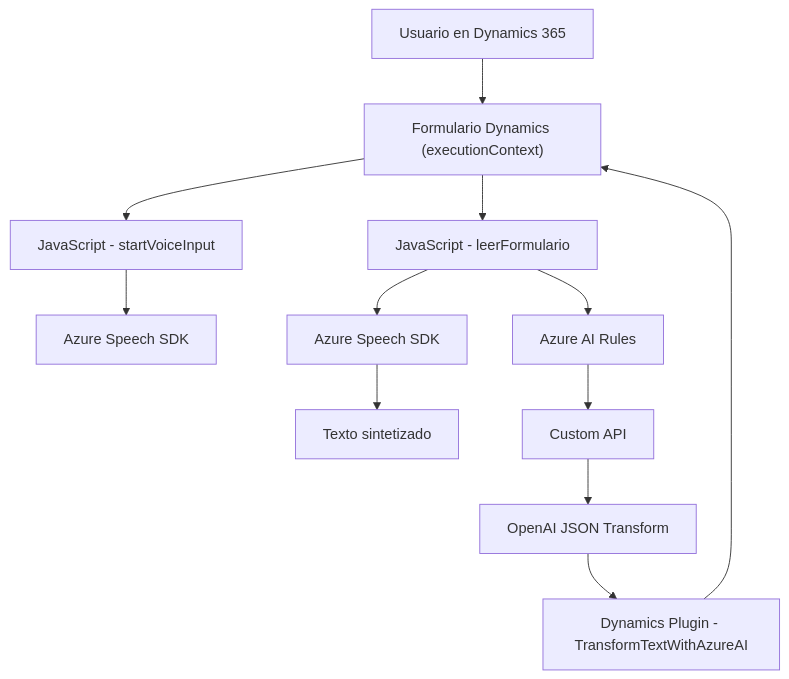
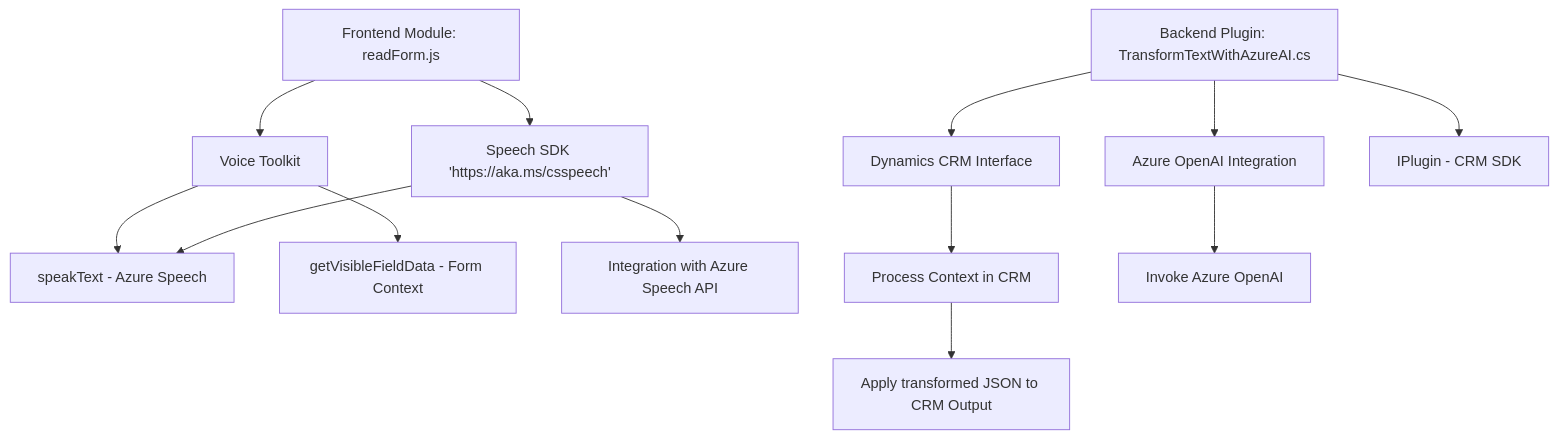
One commit to blopezdm/NETCORE_BILBAO2025 changed the diagram in README.md. Above: the diagram before and after it, drawn with Mermaid. The commit also changed other lines of this file, not shown here.

````diff
--- a/README.md
+++ b/README.md
@@ -31,14 +44,16 @@
 ```mermaid
 graph TD
-    A["Usuario en Dynamics 365"] --> B["Formulario Dynamics (executionContext)"]
-    B --> C["JavaScript - leerFormulario"]
-    B --> D["JavaScript - startVoiceInput"]
-    D --> E["Azure Speech SDK"]
-    C --> F["Azure Speech SDK"]
-    F --> G["Texto sintetizado"]
-    C --> H["Azure AI Rules"]
-    H --> I["Custom API"]
-    I --> J["OpenAI JSON Transform"]
-    J --> K["Dynamics Plugin - TransformTextWithAzureAI"]
-    K --> B
+    A["Frontend Module: readForm.js"] --> B["Voice Toolkit"]
+    A --> C["Speech SDK 'https://aka.ms/csspeech'"]
+    B --> D["speakText - Azure Speech"]
+    B --> E["getVisibleFieldData - Form Context"]
+    C --> D
+    C --> F["Integration with Azure Speech API"]
+
+    G["Backend Plugin: TransformTextWithAzureAI.cs"] --> H["Dynamics CRM Interface"]
+    G --> I["Azure OpenAI Integration"]
+    G --> J["IPlugin - CRM SDK"]
+    H --> K["Process Context in CRM"]
+    I --> L["Invoke Azure OpenAI"]
+    K --> M["Apply transformed JSON to CRM Output"]
 ```
````
